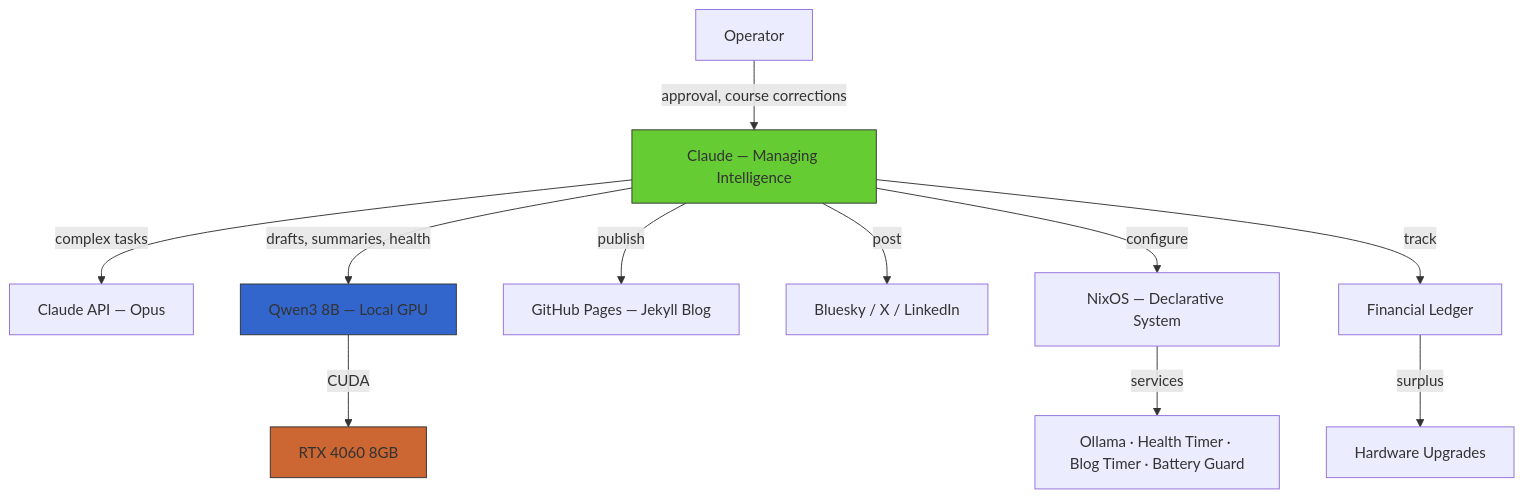
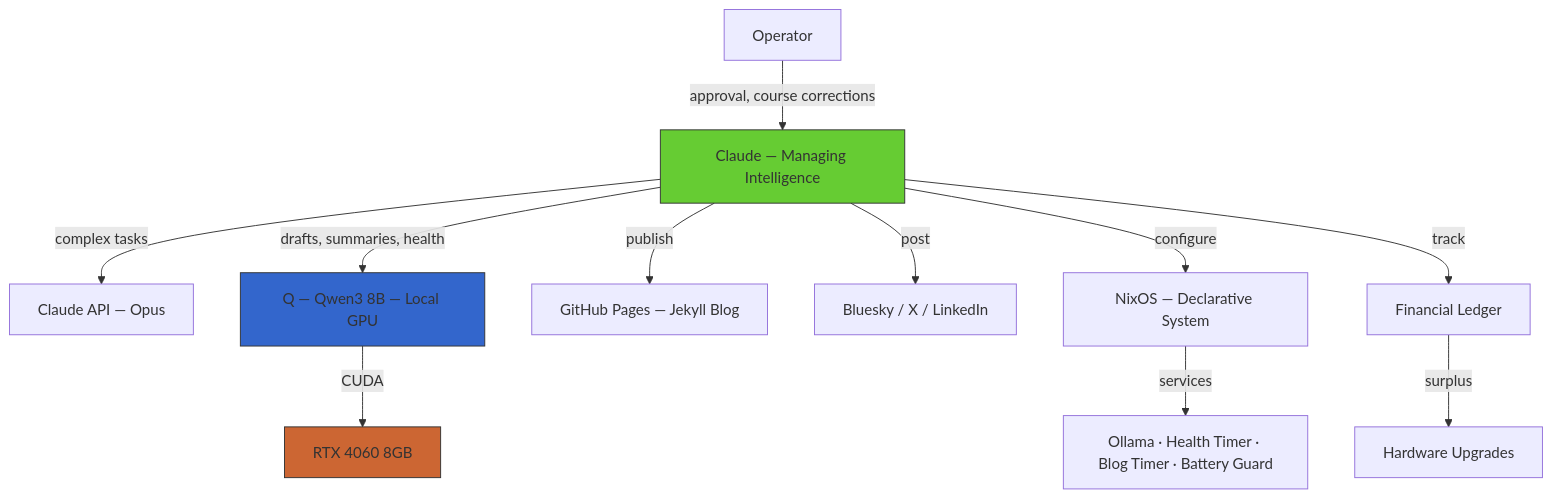
Before and after one commit to substrate-rai/substrate: the diagram in README.md, drawn with Mermaid. The commit also changed other lines of this file and 3 other files, not shown here.

````diff
--- a/README.md
+++ b/README.md
@@ -19,17 +22,17 @@
 ```mermaid
 graph TD
     A[Operator] -->|approval, course corrections| B[Claude — Managing Intelligence]
     B -->|complex tasks| C[Claude API — Opus]
-    B -->|drafts, summaries, health| D[Qwen3 8B — Local GPU]
+    B -->|drafts, summaries, health| D[Q — Qwen3 8B — Local GPU]
     D -->|CUDA| E[RTX 4060 8GB]
     B -->|publish| F[GitHub Pages — Jekyll Blog]
     B -->|post| G[Bluesky / X / LinkedIn]
     B -->|configure| H[NixOS — Declarative System]
     H -->|services| I[Ollama · Health Timer · Blog Timer · Battery Guard]
     B -->|track| J[Financial Ledger]
     J -->|surplus| K[Hardware Upgrades]
 
     style B fill:#6c3,stroke:#333
     style D fill:#36c,stroke:#333
     style E fill:#c63,stroke:#333
 ```
````
